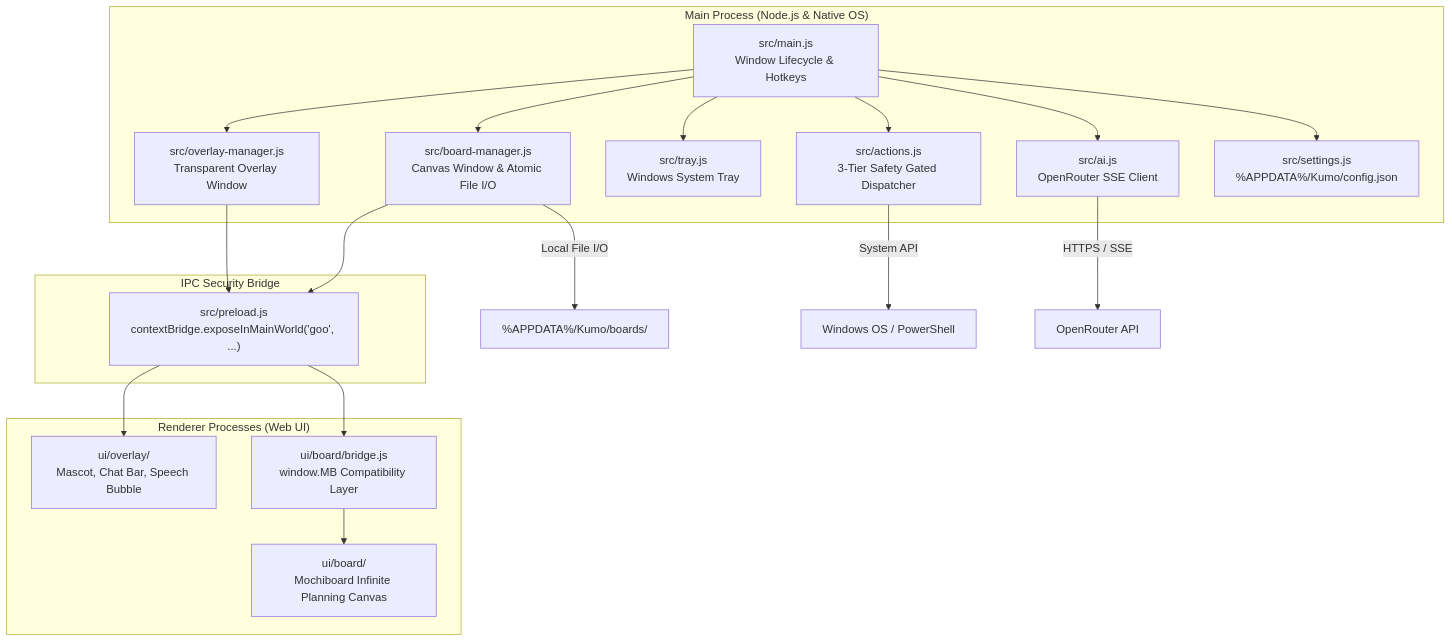
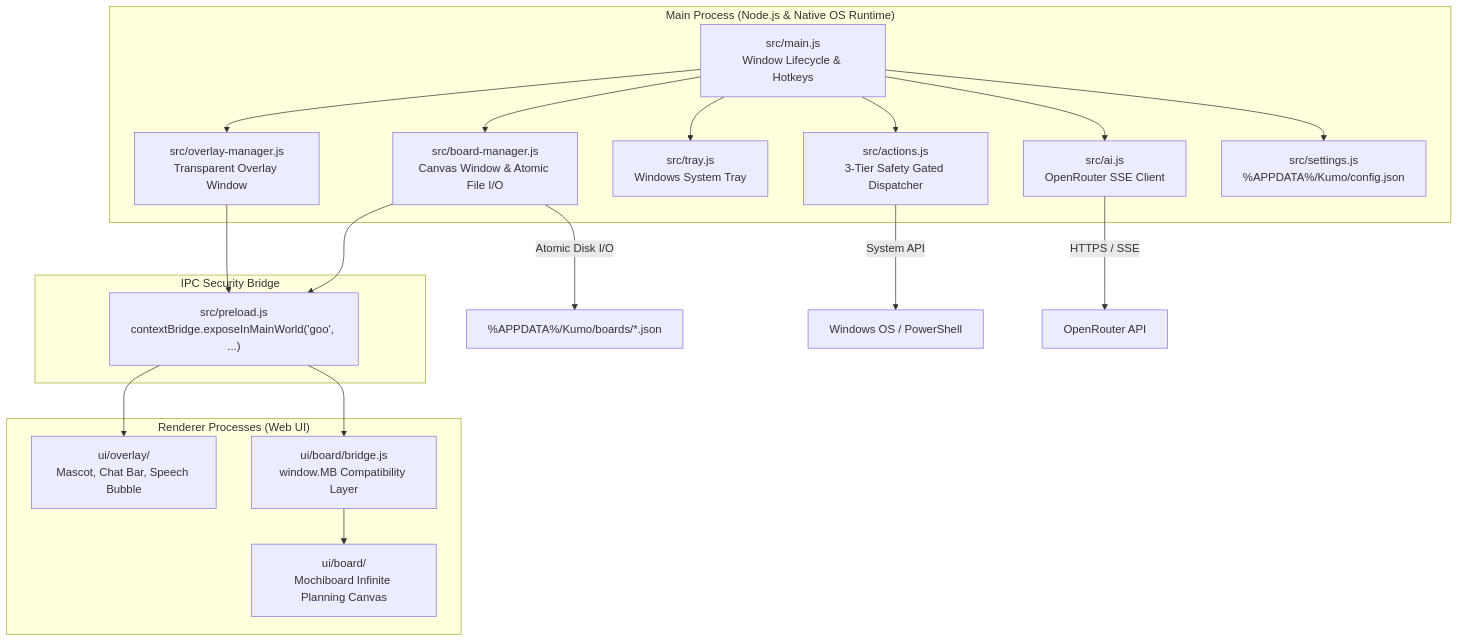
Before and after one commit to Ashborn-047/kumo: the diagram in README.md, drawn with Mermaid. The commit also changed other lines of this file, not shown here.

````diff
--- a/README.md
+++ b/README.md
@@ -88,29 +114,29 @@
 ```mermaid
 graph TD
-    subgraph "Main Process (Node.js & Native OS)"
+    subgraph "Main Process (Node.js & Native OS Runtime)"
         MAIN["src/main.js<br/>Window Lifecycle & Hotkeys"]
         OM["src/overlay-manager.js<br/>Transparent Overlay Window"]
         BM["src/board-manager.js<br/>Canvas Window & Atomic File I/O"]
         TRAY["src/tray.js<br/>Windows System Tray"]
         ACT["src/actions.js<br/>3-Tier Safety Gated Dispatcher"]
         AI["src/ai.js<br/>OpenRouter SSE Client"]
         CFG["src/settings.js<br/>%APPDATA%/Kumo/config.json"]
     end
 
     subgraph "IPC Security Bridge"
         PRELOAD["src/preload.js<br/>contextBridge.exposeInMainWorld('goo', ...)"]
     end
 
     subgraph "Renderer Processes (Web UI)"
         OVERLAY["ui/overlay/<br/>Mascot, Chat Bar, Speech Bubble"]
         BOARD["ui/board/<br/>Mochiboard Infinite Planning Canvas"]
         BRIDGE["ui/board/bridge.js<br/>window.MB Compatibility Layer"]
     end
 
     MAIN --> OM & BM & TRAY & ACT & AI & CFG
     OM --> PRELOAD --> OVERLAY
     BM --> PRELOAD --> BRIDGE --> BOARD
     ACT --> |System API| OS[Windows OS / PowerShell]
     AI --> |HTTPS / SSE| OPENROUTER[OpenRouter API]
-    BM --> |Local File I/O| DISK["%APPDATA%/Kumo/boards/"]
+    BM --> |Atomic Disk I/O| DISK["%APPDATA%/Kumo/boards/*.json"]
 ```
````
